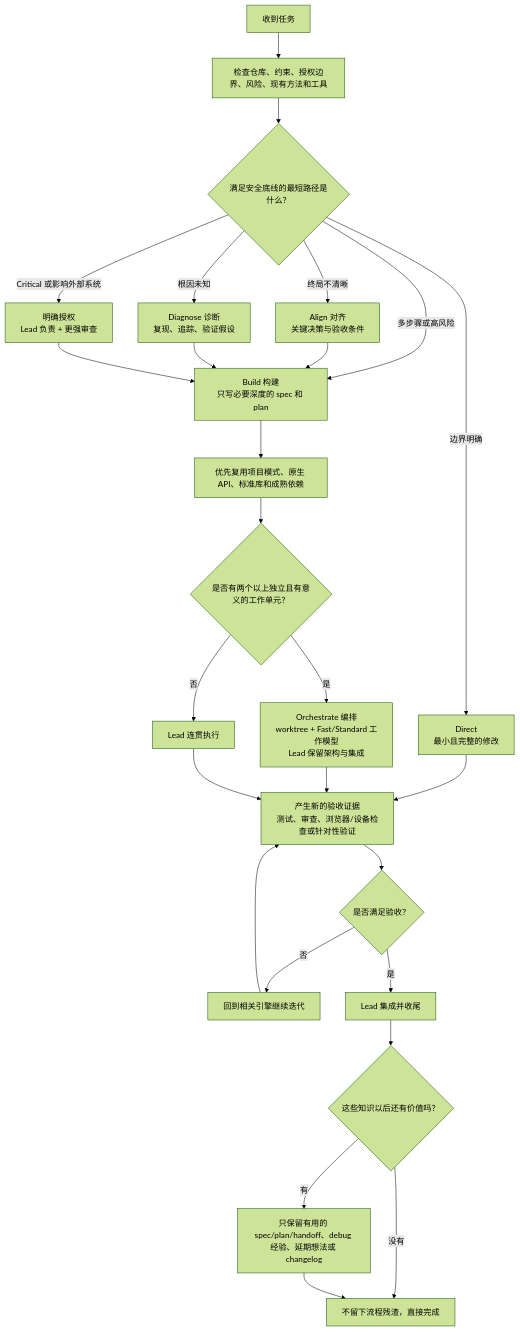
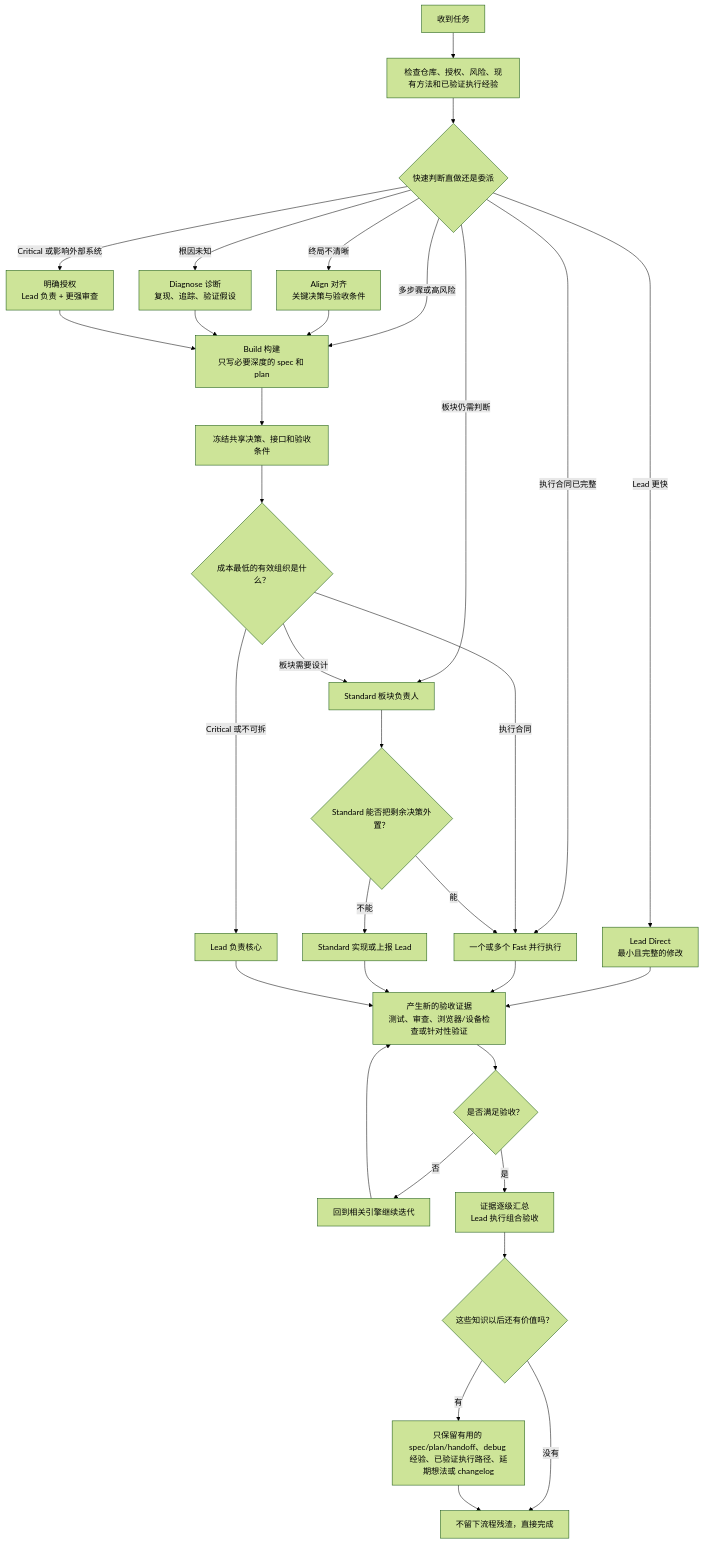
The diagram in README.zh-CN.md (blackstone2333/goldilocks), drawn with Mermaid (forest theme) before and after one commit. The commit also changed other lines of this file and 29 other files, not shown here.

````diff
--- a/README.zh-CN.md
+++ b/README.zh-CN.md
@@ -53,32 +55,39 @@
 ```mermaid
 flowchart TD
-    A["收到任务"] --> B["检查仓库、约束、授权边界、风险、现有方法和工具"]
-    B --> C{"满足安全底线的最短路径是什么？"}
+    A["收到任务"] --> B["检查仓库、授权、风险、现有方法和已验证执行经验"]
+    B --> C{"快速判断直做还是委派"}
 
-    C -- "边界明确" --> D["Direct<br/>最小且完整的修改"]
+    C -- "Lead 更快" --> D["Lead Direct<br/>最小且完整的修改"]
+    C -- "执行合同已完整" --> K["一个或多个 Fast 并行执行"]
+    C -- "板块仍需判断" --> T["Standard 板块负责人"]
     C -- "终局不清晰" --> E["Align 对齐<br/>关键决策与验收条件"]
     C -- "根因未知" --> F["Diagnose 诊断<br/>复现、追踪、验证假设"]
     C -- "多步骤或高风险" --> G["Build 构建<br/>只写必要深度的 spec 和 plan"]
     C -- "Critical 或影响外部系统" --> H["明确授权<br/>Lead 负责 + 更强审查"]
 
     E --> G
     F --> G
     H --> G
-    G --> I["优先复用项目模式、原生 API、标准库和成熟依赖"]
-    I --> J{"是否有两个以上独立且有意义的工作单元？"}
-    J -- "是" --> K["Orchestrate 编排<br/>worktree + Fast/Standard 工作模型<br/>Lead 保留架构与集成"]
-    J -- "否" --> L["Lead 连贯执行"]
+    G --> I["冻结共享决策、接口和验收条件"]
+    I --> J{"成本最低的有效组织是什么？"}
+    J -- "执行合同" --> K
+    J -- "板块需要设计" --> T
+    J -- "Critical 或不可拆" --> L["Lead 负责核心"]
+    T --> U{"Standard 能否把剩余决策外置？"}
+    U -- "能" --> K
+    U -- "不能" --> V["Standard 实现或上报 Lead"]
 
     D --> M["产生新的验收证据<br/>测试、审查、浏览器/设备检查或针对性验证"]
     K --> M
+    V --> M
     L --> M
     M --> N{"是否满足验收？"}
     N -- "否" --> O["回到相关引擎继续迭代"]
     O --> M
-    N -- "是" --> P["Lead 集成并收尾"]
+    N -- "是" --> P["证据逐级汇总<br/>Lead 执行组合验收"]
 
     P --> Q{"这些知识以后还有价值吗？"}
-    Q -- "有" --> R["只保留有用的 spec/plan/handoff、debug 经验、延期想法或 changelog"]
+    Q -- "有" --> R["只保留有用的 spec/plan/handoff、debug 经验、已验证执行路径、延期想法或 changelog"]
     Q -- "没有" --> S["不留下流程残渣，直接完成"]
     R --> S
 ```
````
